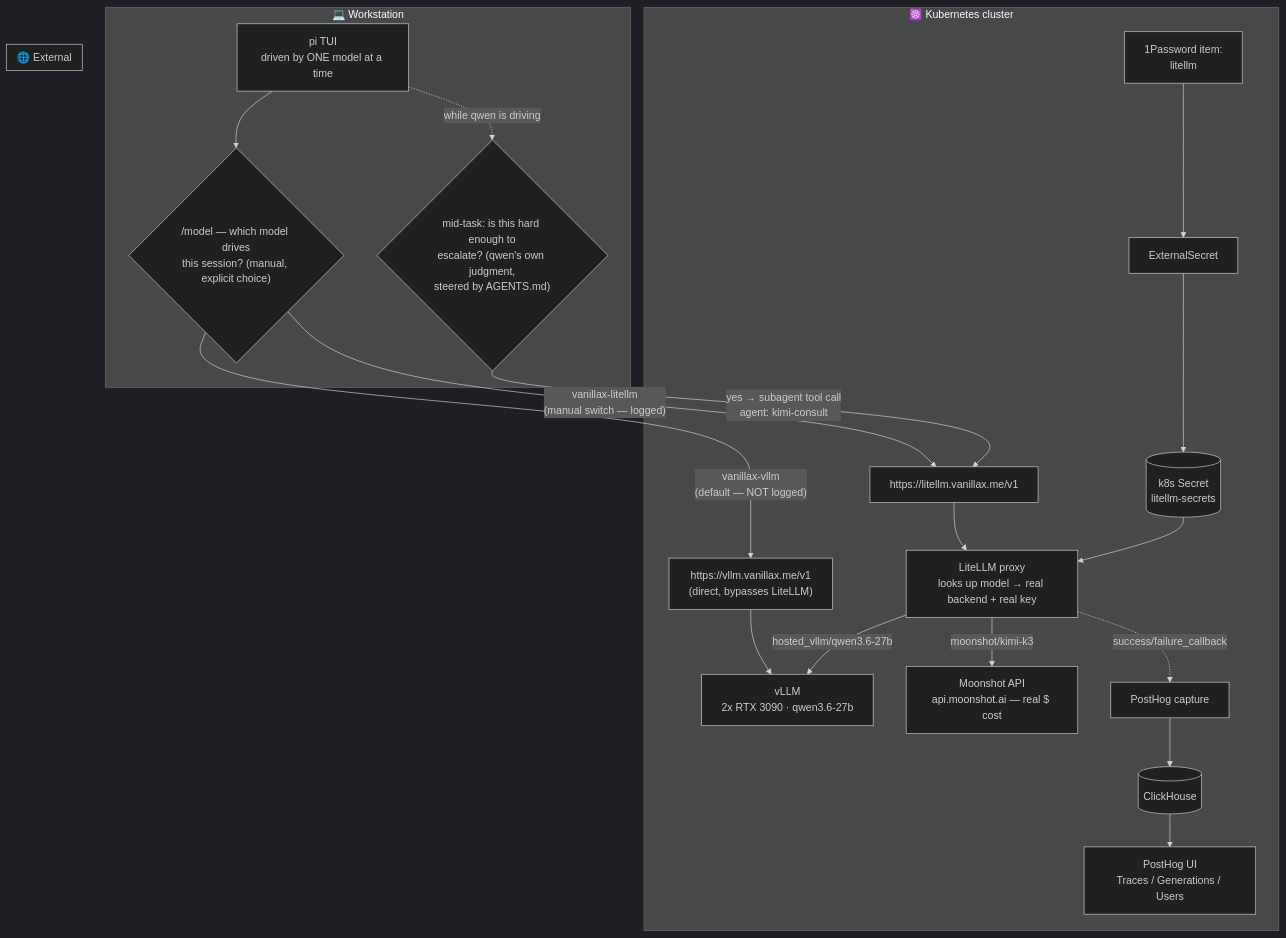
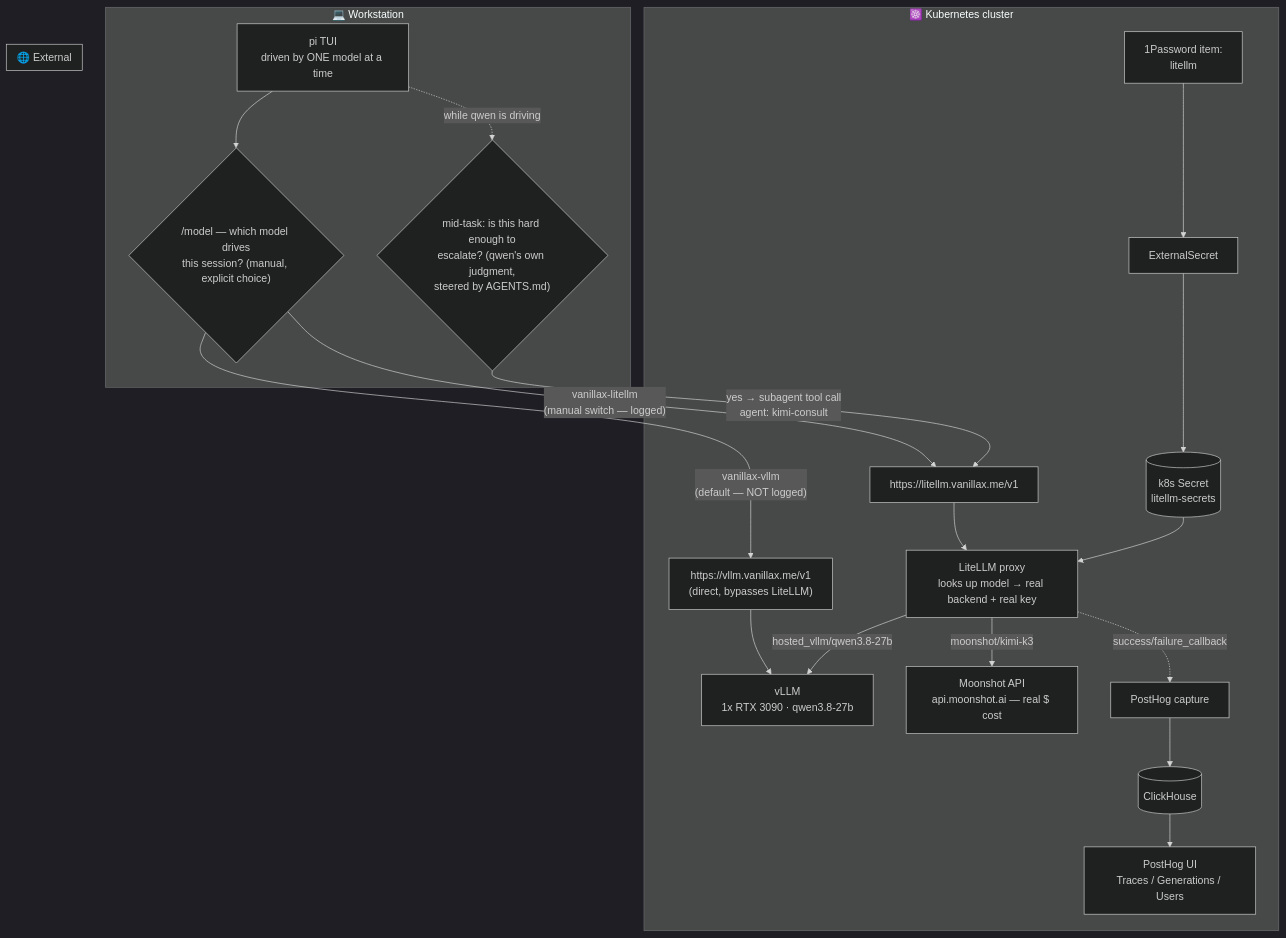
One commit to mitchross/talos-argocd-proxmox changed the diagram in docs/domains/ai-gpu/pi-agent-local-dev.md. Above: the diagram before and after it, drawn with Mermaid (dark theme). The commit also changed other lines of this file and 2 other files, not shown here.

Commit message:
docs(ai): document Qwen3.8 thinking levels

````diff
--- a/docs/domains/ai-gpu/pi-agent-local-dev.md
+++ b/docs/domains/ai-gpu/pi-agent-local-dev.md
@@ -616,30 +637,30 @@
 ```mermaid
 flowchart TD
     subgraph WS["💻 Workstation"]
         PI["pi TUI<br/>driven by ONE model at a time"]
         SEL{"/model — which model drives<br/>this session? (manual, explicit choice)"}
         SUB{"mid-task: is this hard enough to<br/>escalate? (qwen's own judgment,<br/>steered by AGENTS.md)"}
         PI --> SEL
         PI -.->|"while qwen is driving"| SUB
     end
 
     SEL -->|"vanillax-vllm<br/>(default — NOT logged)"| VROUTE["https://vllm.vanillax.me/v1<br/>(direct, bypasses LiteLLM)"]
     SEL -->|"vanillax-litellm<br/>(manual switch — logged)"| LROUTE["https://litellm.vanillax.me/v1"]
     SUB -->|"yes → subagent tool call<br/>agent: kimi-consult"| LROUTE
 
     subgraph CLUSTER["☸️ Kubernetes cluster"]
-        VROUTE --> VLLM["vLLM<br/>2x RTX 3090 · qwen3.6-27b"]
+        VROUTE --> VLLM["vLLM<br/>1x RTX 3090 · qwen3.8-27b"]
         LROUTE --> LITELLM["LiteLLM proxy<br/>looks up model → real backend + real key"]
-        LITELLM -->|"hosted_vllm/qwen3.6-27b"| VLLM
+        LITELLM -->|"hosted_vllm/qwen3.8-27b"| VLLM
         LITELLM -->|"moonshot/kimi-k3"| MOONSHOT
         LITELLM -.->|"success/failure_callback"| CAPTURE["PostHog capture"]
         CAPTURE --> CH[("ClickHouse")]
         CH --> UI["PostHog UI<br/>Traces / Generations / Users"]
 
         OP["1Password item:<br/>litellm"] --> ES["ExternalSecret"] --> SECRET[("k8s Secret<br/>litellm-secrets")] --> LITELLM
     end
 
     subgraph EXT["🌐 External"]
         MOONSHOT["Moonshot API<br/>api.moonshot.ai — real $ cost"]
     end
 ```
````
